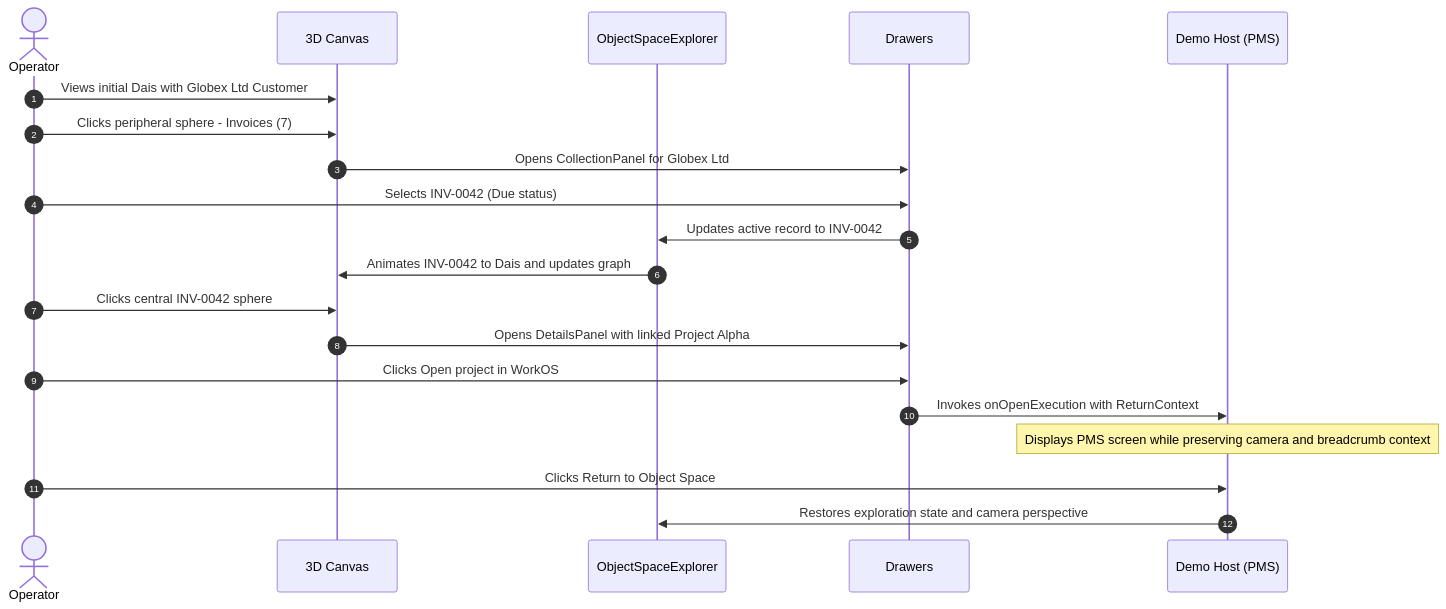
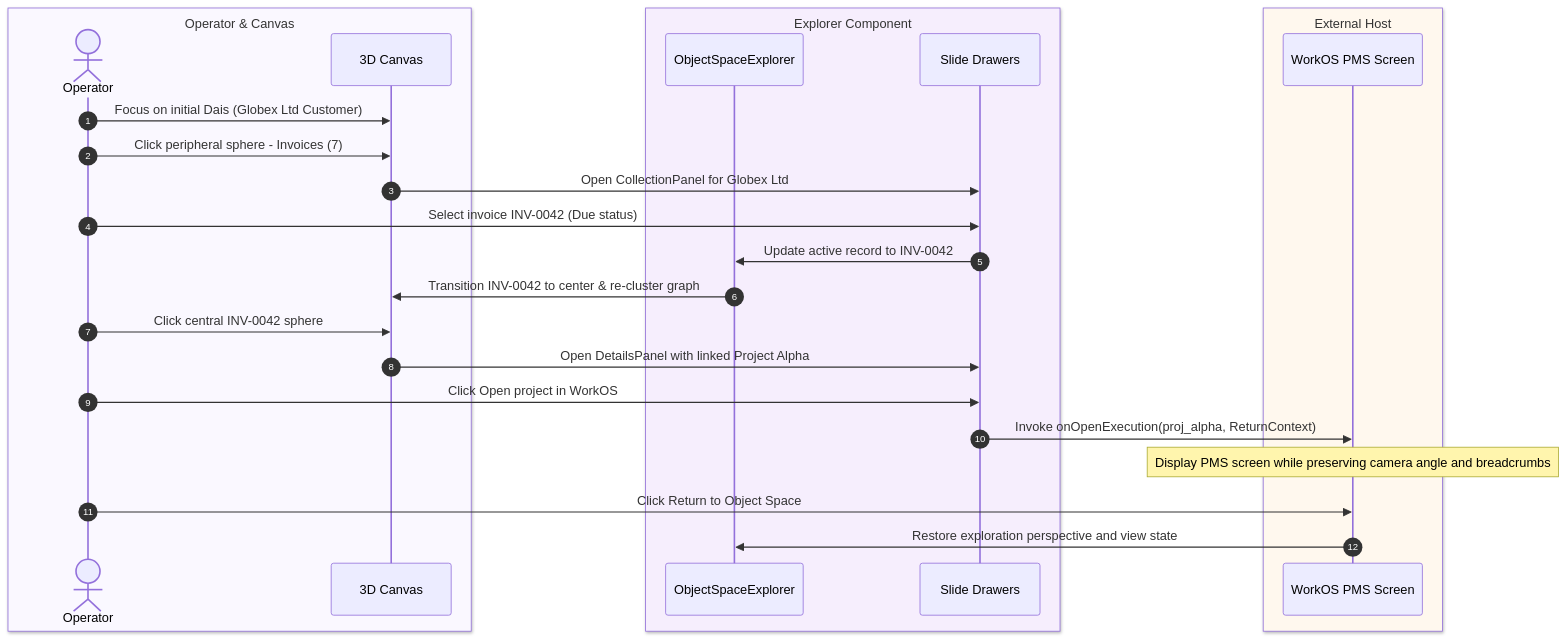
Before and after one commit to Aayushi31032006/3D-WorkOS-Explorer: the second of 2 diagrams in README.md, drawn with Mermaid. The commit also changed other lines of this file, not shown here.

Commit message:
docs: apply tailored WorkOS brand styling to architecture diagrams

````diff
--- a/README.md
+++ b/README.md
@@ -147,23 +157,32 @@
 ```mermaid
 sequenceDiagram
     autonumber
+
+    box rgb(250, 248, 255) Operator & Canvas
     actor User as Operator
     participant Scene as 3D Canvas
+    end
+
+    box rgb(246, 238, 253) Explorer Component
     participant Explorer as ObjectSpaceExplorer
-    participant Panel as Drawers
-    participant PMS as Demo Host (PMS)
+    participant Panel as Slide Drawers
+    end
 
-    User->>Scene: Views initial Dais with Globex Ltd Customer
-    User->>Scene: Clicks peripheral sphere - Invoices (7)
-    Scene->>Panel: Opens CollectionPanel for Globex Ltd
-    User->>Panel: Selects INV-0042 (Due status)
-    Panel->>Explorer: Updates active record to INV-0042
-    Explorer->>Scene: Animates INV-0042 to Dais and updates graph
-    User->>Scene: Clicks central INV-0042 sphere
-    Scene->>Panel: Opens DetailsPanel with linked Project Alpha
-    User->>Panel: Clicks Open project in WorkOS
-    Panel->>PMS: Invokes onOpenExecution with ReturnContext
-    Note over PMS: Displays PMS screen while preserving camera and breadcrumb context
-    User->>PMS: Clicks Return to Object Space
-    PMS->>Explorer: Restores exploration state and camera perspective
+    box rgb(255, 248, 238) External Host
+    participant PMS as WorkOS PMS Screen
+    end
+
+    User->>Scene: Focus on initial Dais (Globex Ltd Customer)
+    User->>Scene: Click peripheral sphere - Invoices (7)
+    Scene->>Panel: Open CollectionPanel for Globex Ltd
+    User->>Panel: Select invoice INV-0042 (Due status)
+    Panel->>Explorer: Update active record to INV-0042
+    Explorer->>Scene: Transition INV-0042 to center & re-cluster graph
+    User->>Scene: Click central INV-0042 sphere
+    Scene->>Panel: Open DetailsPanel with linked Project Alpha
+    User->>Panel: Click Open project in WorkOS
+    Panel->>PMS: Invoke onOpenExecution(proj_alpha, ReturnContext)
+    Note over PMS: Display PMS screen while preserving camera angle and breadcrumbs
+    User->>PMS: Click Return to Object Space
+    PMS->>Explorer: Restore exploration perspective and view state
 ```
````
